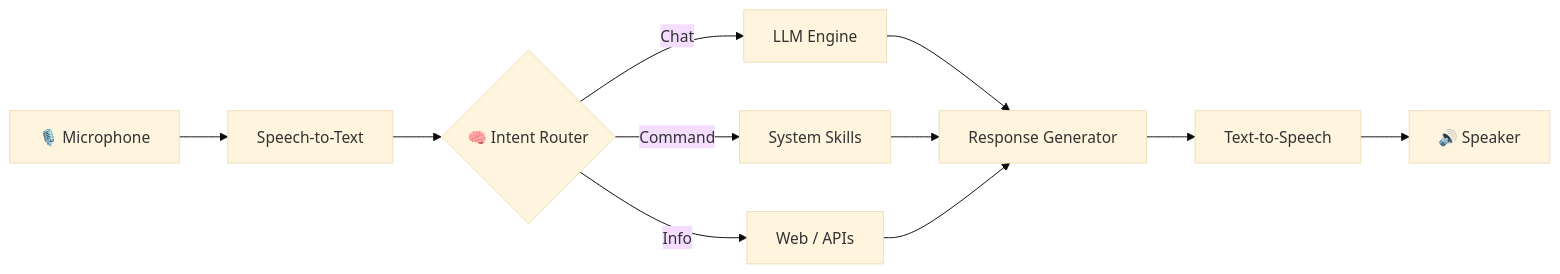
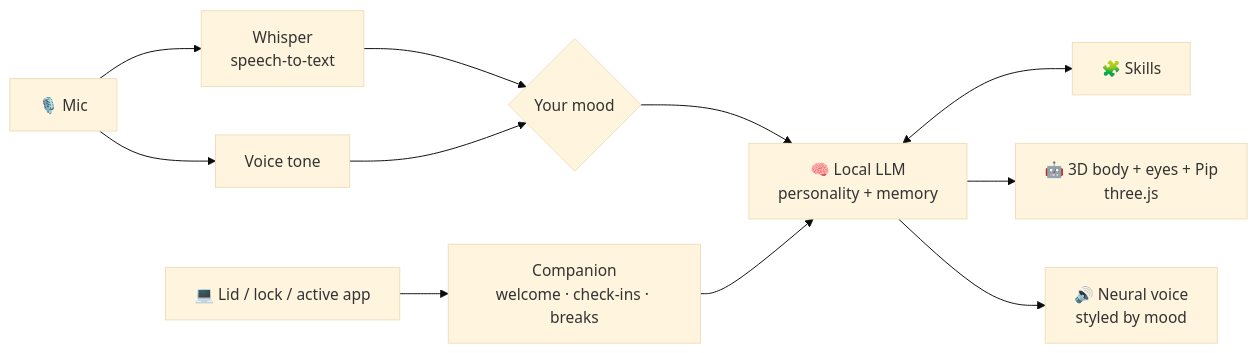
Before and after one commit to HemashreeVI/JarvisAI: the diagram in README.md, drawn with Mermaid (base theme). The commit also changed other lines of this file and 50 other files, not shown here.

First line of the commit message:
Rebuild as Nova: 3D desktop companion robot with emotions, voice and a pet

````diff
--- a/README.md
+++ b/README.md
@@ -69,13 +35,12 @@
 ```mermaid
 flowchart LR
-    A[🎙️ Microphone] --> B[Speech-to-Text]
-    B --> C{🧠 Intent Router}
-    C -->|Chat| D[LLM Engine]
-    C -->|Command| E[System Skills]
-    C -->|Info| F[Web / APIs]
-    D --> G[Response Generator]
-    E --> G
-    F --> G
-    G --> H[Text-to-Speech]
-    H --> I[🔊 Speaker]
+    Mic[🎙️ Mic] --> STT[Whisper<br/>speech-to-text]
+    STT --> Mood{Your mood}
+    Mic --> Tone[Voice tone] --> Mood
+    PC[💻 Lid / lock / active app] --> Companion[Companion<br/>welcome · check-ins · breaks]
+    Mood --> Brain[🧠 Local LLM<br/>personality + memory]
+    Companion --> Brain
+    Brain <--> Skills[🧩 Skills]
+    Brain --> Body[🤖 3D body + eyes + Pip<br/>three.js]
+    Brain --> Voice[🔊 Neural voice<br/>styled by mood]
 ```
````
